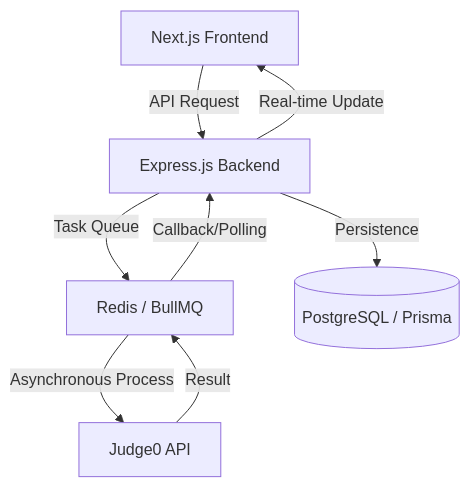
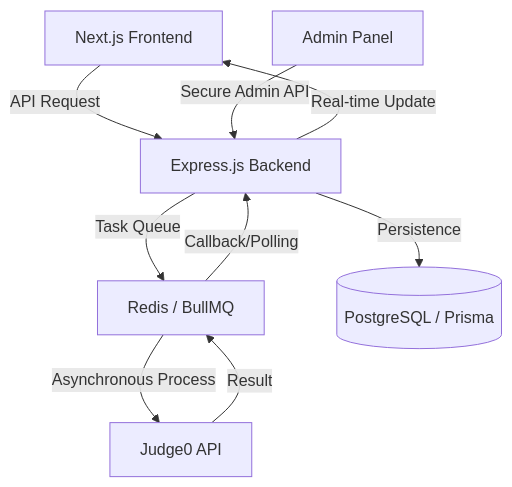
The diagram in README.md (yatinsingh2007/VintiCode), drawn with Mermaid before and after one commit. The commit also changed other lines of this file, not shown here.

Commit message:
docs: update README to reflect addition of admin panel, multi-tier JWT authentication, and project architecture changes

````diff
--- a/README.md
+++ b/README.md
@@ -38,10 +51,11 @@
 ```mermaid
 graph TD
     A[Next.js Frontend] -->|API Request| B[Express.js Backend]
     B -->|Task Queue| C[Redis / BullMQ]
     C -->|Asynchronous Process| D[Judge0 API]
     D -->|Result| C
     C -->|Callback/Polling| B
     B -->|Persistence| E[(PostgreSQL / Prisma)]
     B -->|Real-time Update| A
+    F[Admin Panel] -->|Secure Admin API| B
 ```
````
